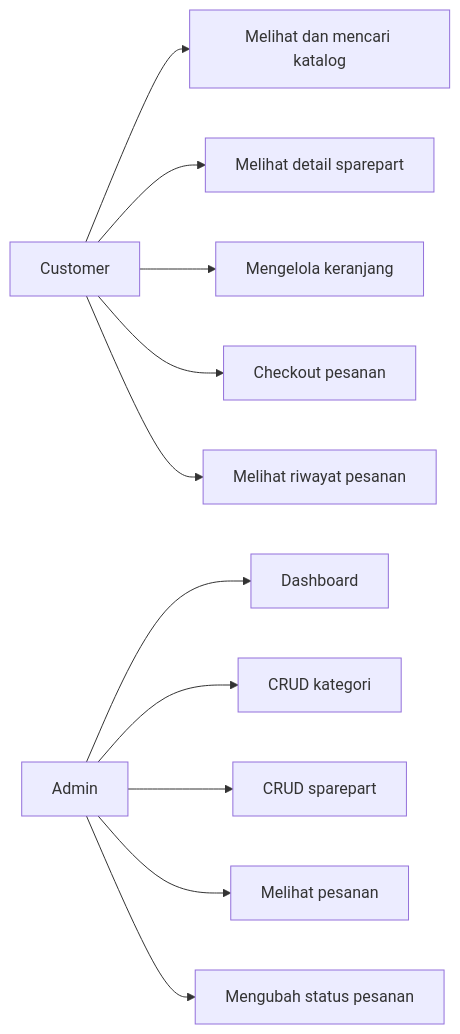
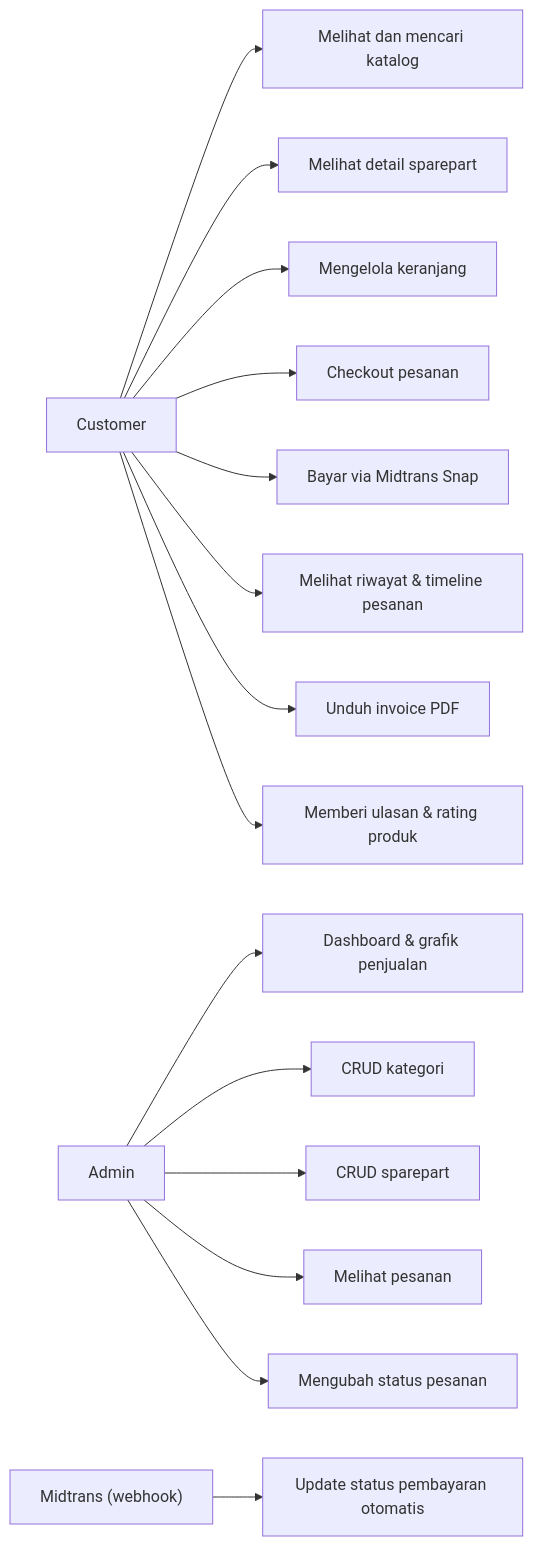
One commit to KiyyKen/Sparepart-Motor changed the second of 2 diagrams in docs/DOKUMENTASI.md. Above: the diagram before and after it, drawn with Mermaid. The commit also changed other lines of this file and 55 other files, not shown here.

Commit message:
Tambah pembayaran Midtrans, review produk, dashboard analitik, invoice PDF, dan redesign UI

````diff
--- a/docs/DOKUMENTASI.md
+++ b/docs/DOKUMENTASI.md
@@ -75,14 +97,19 @@
 ```mermaid
 flowchart LR
     Customer["Customer"] --> Catalog["Melihat dan mencari katalog"]
     Customer --> Detail["Melihat detail sparepart"]
     Customer --> Cart["Mengelola keranjang"]
     Customer --> Checkout["Checkout pesanan"]
-    Customer --> History["Melihat riwayat pesanan"]
+    Customer --> Payment["Bayar via Midtrans Snap"]
+    Customer --> History["Melihat riwayat & timeline pesanan"]
+    Customer --> Invoice["Unduh invoice PDF"]
+    Customer --> Review["Memberi ulasan & rating produk"]
 
-    Admin["Admin"] --> Dashboard["Dashboard"]
+    Admin["Admin"] --> Dashboard["Dashboard & grafik penjualan"]
     Admin --> CategoryCrud["CRUD kategori"]
     Admin --> ProductCrud["CRUD sparepart"]
     Admin --> Orders["Melihat pesanan"]
     Admin --> Status["Mengubah status pesanan"]
+
+    Midtrans["Midtrans (webhook)"] --> Callback["Update status pembayaran otomatis"]
 ```
````
